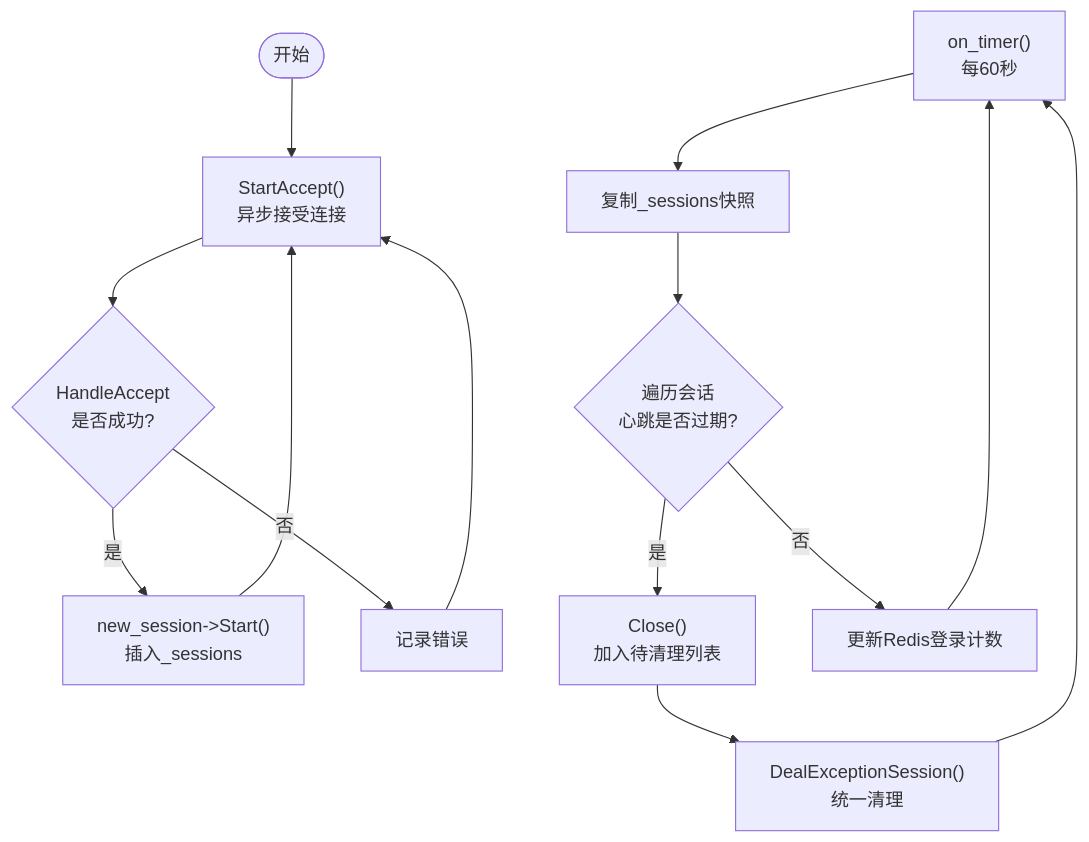
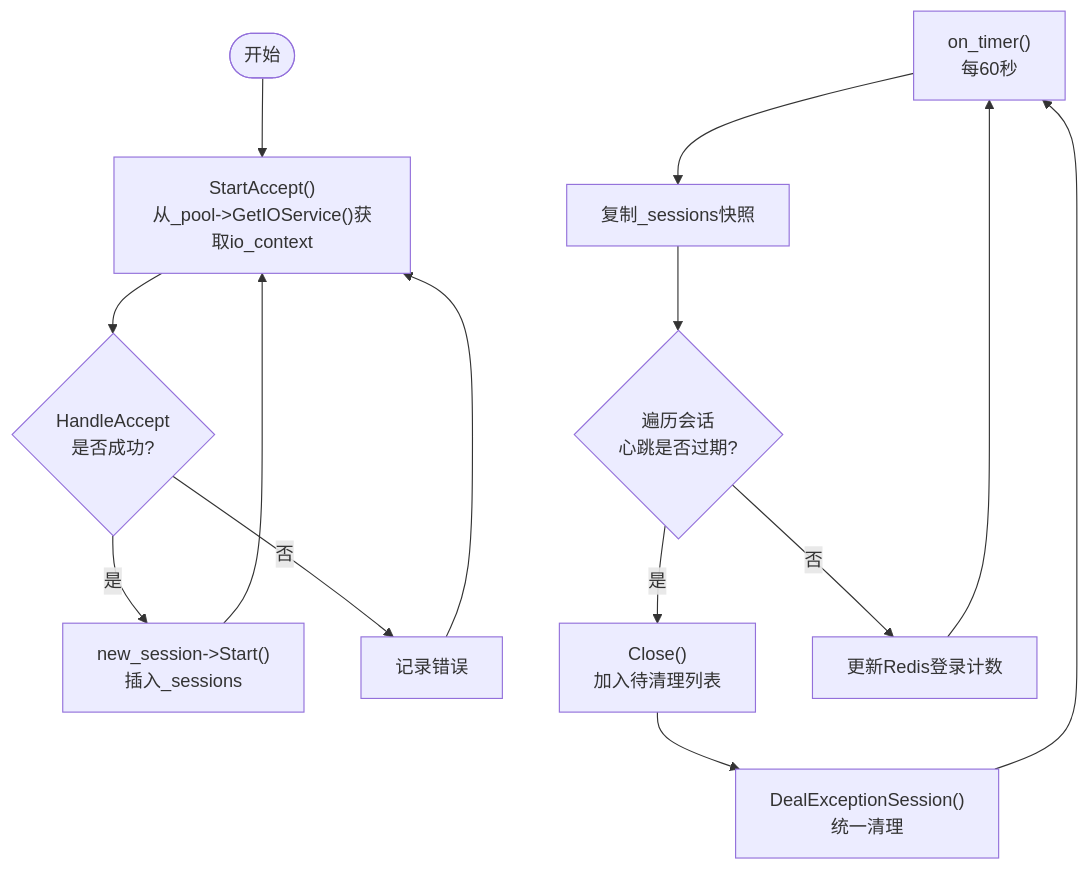
Before and after one commit to echo9923/mychatter: the fourth of 10 diagrams in .qoder/repowiki/zh/content/服务端开发/ChatServer聊天核心服务/核心服务架构.md, drawn with Mermaid. The commit also changed other lines of this file and 107 other files, not shown here.

````diff
--- a/.qoder/repowiki/zh/content/服务端开发/ChatServer聊天核心服务/核心服务架构.md
+++ b/.qoder/repowiki/zh/content/服务端开发/ChatServer聊天核心服务/核心服务架构.md
@@ -196,16 +199,16 @@
 ```mermaid
 flowchart TD
-Start(["开始"]) --> Accept["StartAccept()<br/>异步接受连接"]
+Start(["开始"]) --> Accept["StartAccept()<br/>从_pool->GetIOService()获取io_context"]
 Accept --> HandleAccept{"HandleAccept<br/>是否成功?"}
 HandleAccept --> |是| NewSession["new_session->Start()<br/>插入_sessions"]
 HandleAccept --> |否| LogErr["记录错误"]
 NewSession --> Accept
 LogErr --> Accept
 Timer["on_timer()<br/>每60秒"] --> CopySessions["复制_sessions快照"]
 CopySessions --> CheckExpired{"遍历会话<br/>心跳是否过期?"}
 CheckExpired --> |是| CloseSess["Close()<br/>加入待清理列表"]
 CheckExpired --> |否| UpdateCount["更新Redis登录计数"]
 CloseSess --> Cleanup["DealExceptionSession()<br/>统一清理"]
 Cleanup --> Timer
 UpdateCount --> Timer
 ```
````
